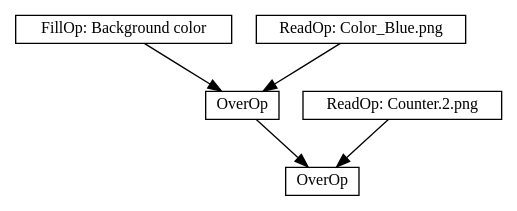
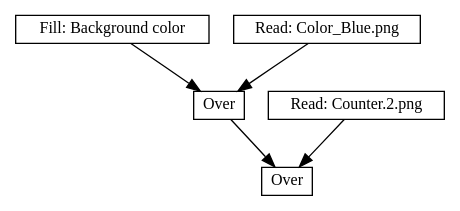
The diagram in images/CompositeTracksGraph.dot (darbyjohnston/toucan), drawn with Graphviz before and after one commit. The commit also changed 5 other files, not shown here.

```diff
--- a/images/CompositeTracksGraph.dot
+++ b/images/CompositeTracksGraph.dot
@@ -1,11 +1,11 @@
 digraph CompositeTracks {
-    FillOp [shape=box, label="FillOp: Background color", fontsize=12, margin=0.05, width=0, height=0]
-    ReadOp [shape=box, label="ReadOp: Color_Blue.png", fontsize=12, margin=0.05, width=0, height=0]
-    ReadOp2 [shape=box, label="ReadOp: Counter.2.png", fontsize=12, margin=0.05, width=0, height=0]
-    OverOp [shape=box, label="OverOp", fontsize=12, margin=0.05, width=0, height=0]
-    OverOp2 [shape=box, label="OverOp", fontsize=12, margin=0.05, width=0, height=0]
-    FillOp -> OverOp;
-    ReadOp -> OverOp;
-    OverOp -> OverOp2;
-    ReadOp2 -> OverOp2;
+    Fill [shape=box, label="Fill: Background color", fontsize=12, margin=0.05, width=0, height=0]
+    Read [shape=box, label="Read: Color_Blue.png", fontsize=12, margin=0.05, width=0, height=0]
+    Read2 [shape=box, label="Read: Counter.2.png", fontsize=12, margin=0.05, width=0, height=0]
+    Over [shape=box, label="Over", fontsize=12, margin=0.05, width=0, height=0]
+    Over2 [shape=box, label="Over", fontsize=12, margin=0.05, width=0, height=0]
+    Fill -> Over;
+    Read -> Over;
+    Over -> Over2;
+    Read2 -> Over2;
 }
```
